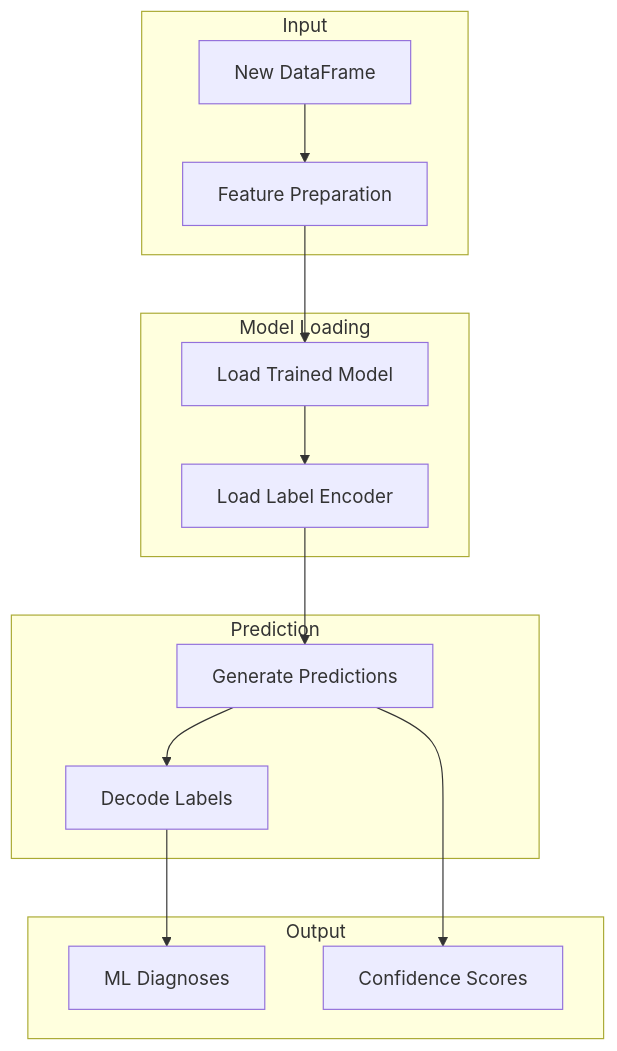
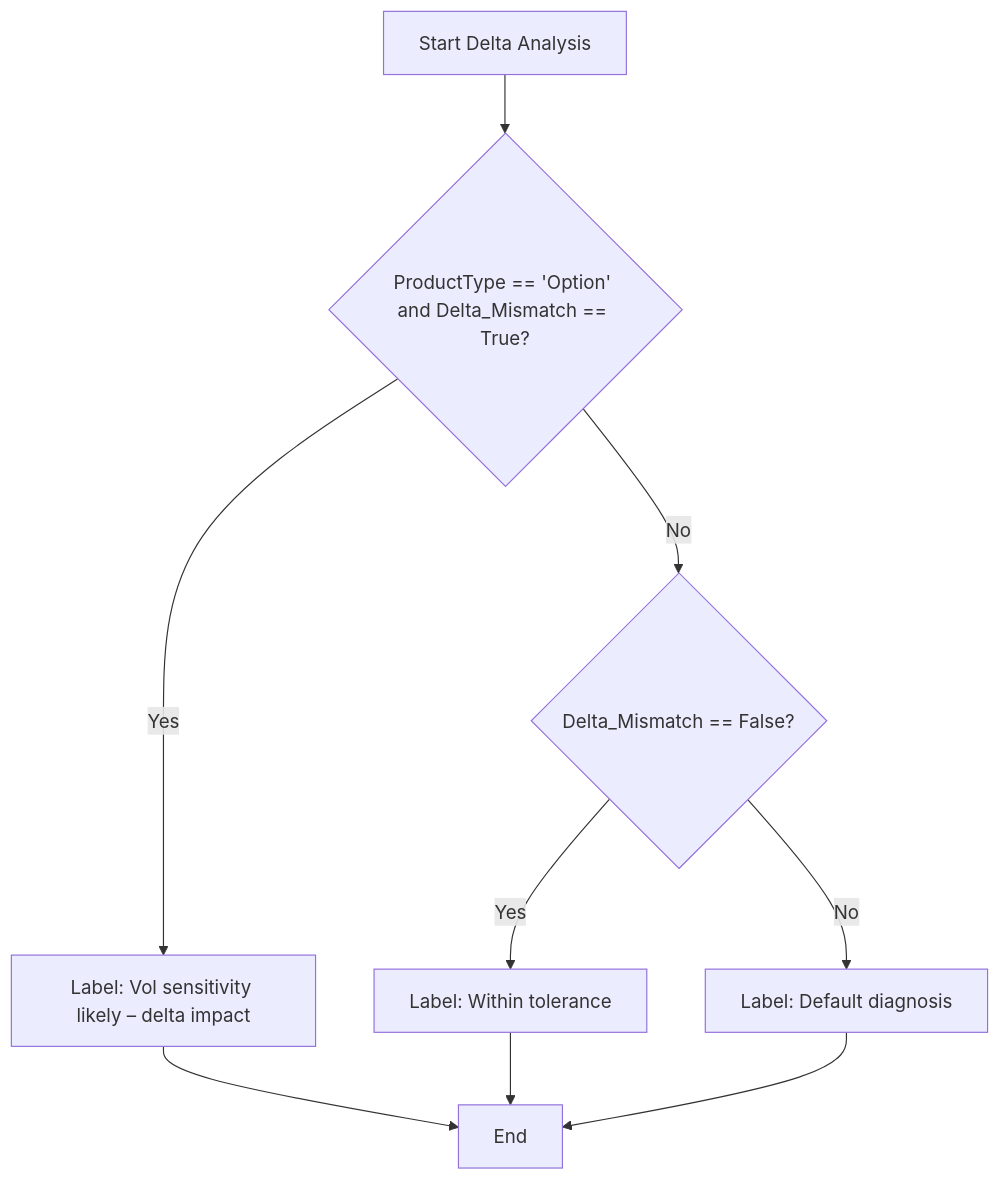
The tenth of 30 diagrams in docs/DIAGRAMS.md (ksmadhavareddy/recon-ai), drawn with Mermaid before and after one commit. The commit also changed other lines of this file and 14 other files, not shown here.

````diff
--- a/docs/DIAGRAMS.md
+++ b/docs/DIAGRAMS.md
@@ -222,30 +288,12 @@
 ```mermaid
 graph TD
-    subgraph "Input"
-        A[New DataFrame]
-        B[Feature Preparation]
-    end
+    A[Start Delta Analysis] --> B{ProductType == 'Option' and Delta_Mismatch == True?}
+    B -->|Yes| C[Label: Vol sensitivity likely – delta impact]
+    B -->|No| D{Delta_Mismatch == False?}
+    D -->|Yes| E[Label: Within tolerance]
+    D -->|No| F[Label: Default diagnosis]
     
-    subgraph "Model Loading"
-        C[Load Trained Model]
-        D[Load Label Encoder]
-    end
-    
-    subgraph "Prediction"
-        E[Generate Predictions]
-        F[Decode Labels]
-    end
-    
-    subgraph "Output"
-        G[ML Diagnoses]
-        H[Confidence Scores]
-    end
-    
-    A --> B
-    B --> C
-    C --> D
-    D --> E
-    E --> F
+    C --> G[End]
+    E --> G
     F --> G
-    E --> H
 ```
````
